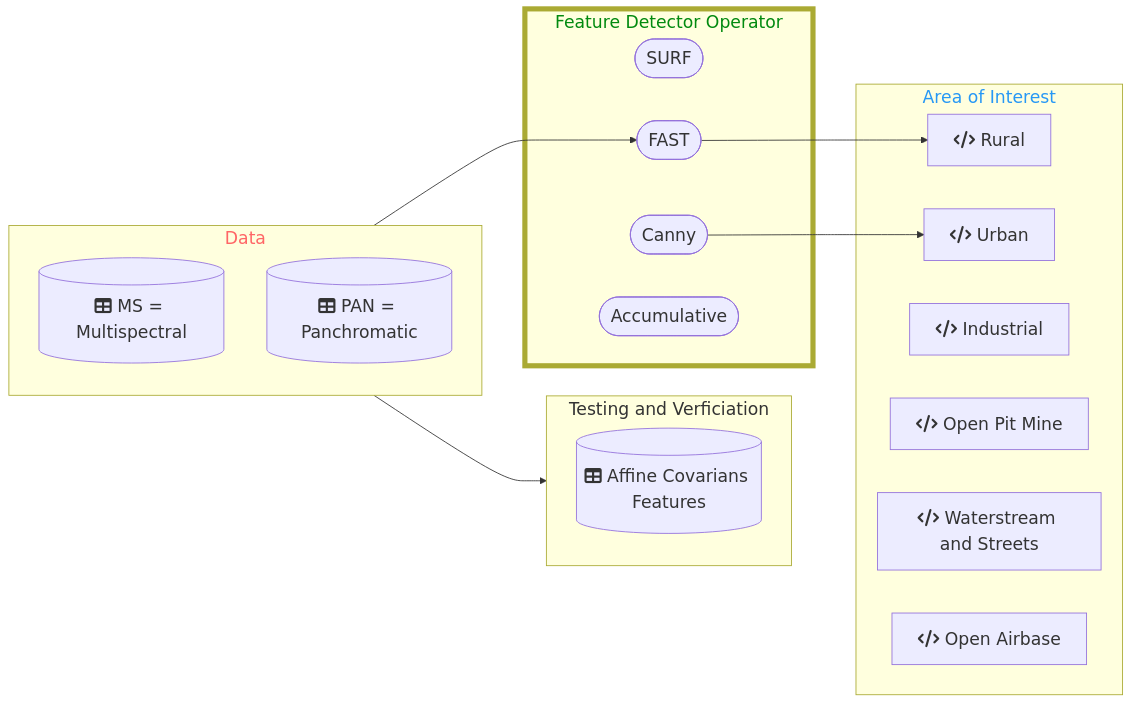
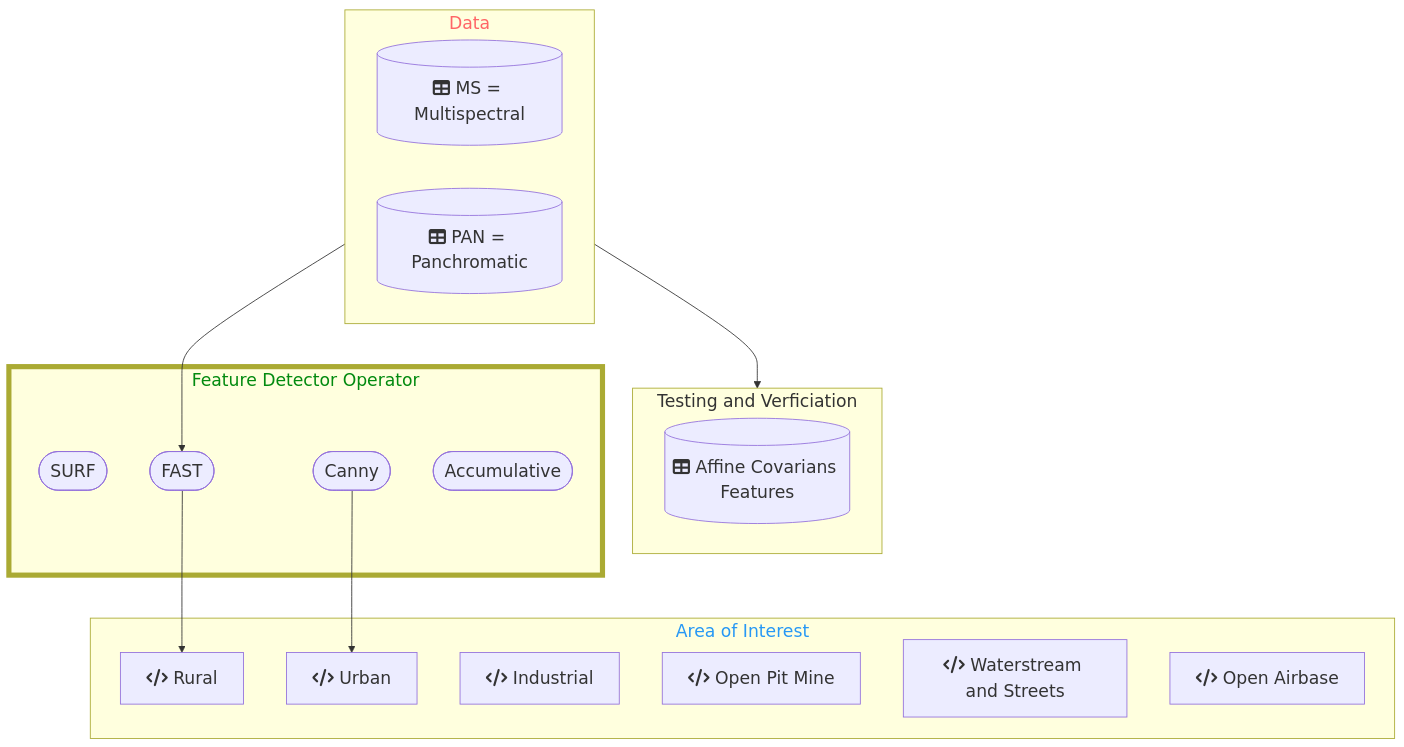
The second of 2 diagrams in Application/README.md (DippoldEJ/Feature-Detection-and-Explanation), drawn with Mermaid before and after one commit.

````diff
--- a/Application/README.md
+++ b/Application/README.md
@@ -31,45 +31,45 @@
 ```mermaid
-flowchart LR;
+flowchart TD;
 %%{init: {
 	'themeVariables': { 'fontSize': '20px', 'fontFamily': 'Didot'}
 	}
 }%%
 
  subgraph n[Data]
-        direction TD
+        direction LR
         g[(fa:fa-table MS = Multispectral)]
         h[(fa:fa-table PAN = Panchromatic)]
     end
 
  subgraph q[Testing and Verficiation]
-        direction TD
+        direction LR
         r[(fa:fa-table Affine Covarians Features)]
     end
 
  subgraph o[Feature Detector Operator]
         j([SURF])
         k([FAST])
         l([Canny])
         m([Accumulative])
     end
 
 subgraph p[Area of Interest]
     a[fa:fa-code Rural]
     b[fa:fa-code Urban]
     c[fa:fa-code Industrial]
     d[fa:fa-code Open Pit Mine]
     e[fa:fa-code Waterstream and Streets]
     f[fa:fa-code Open Airbase]
     end
 
 style n color:#f66
 style o stroke-width:6px
 style o color:#028A0F
 style p color:#2798F5
 
 h-->k
 k-->a
 l-->b
 n-->q
 
 ```
````
